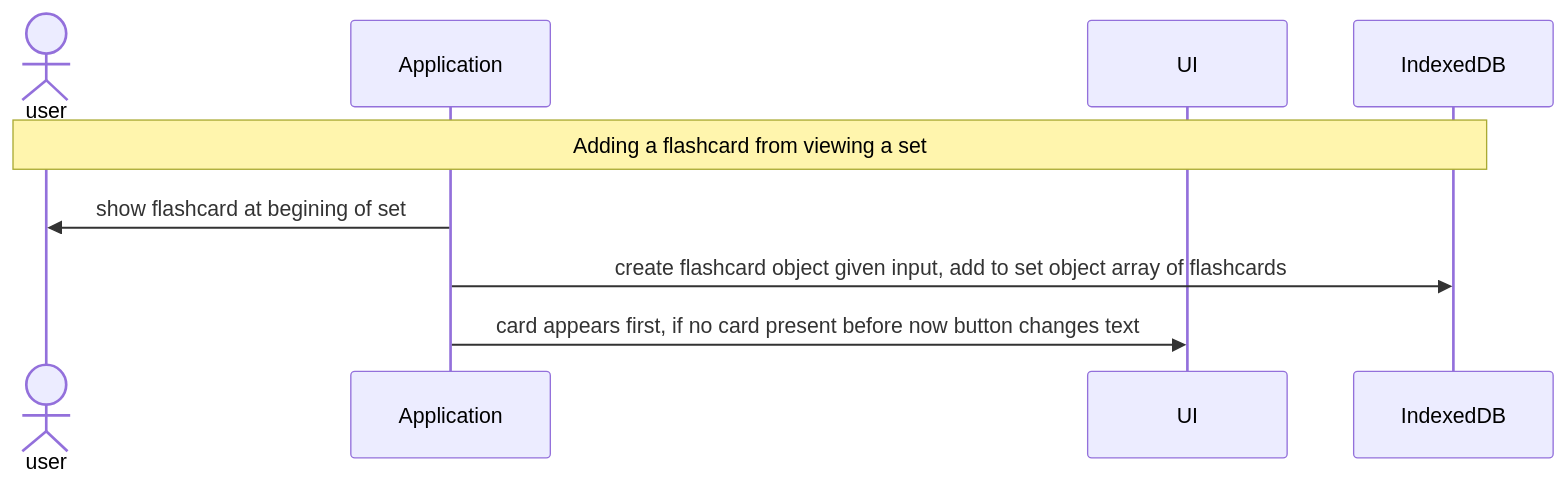
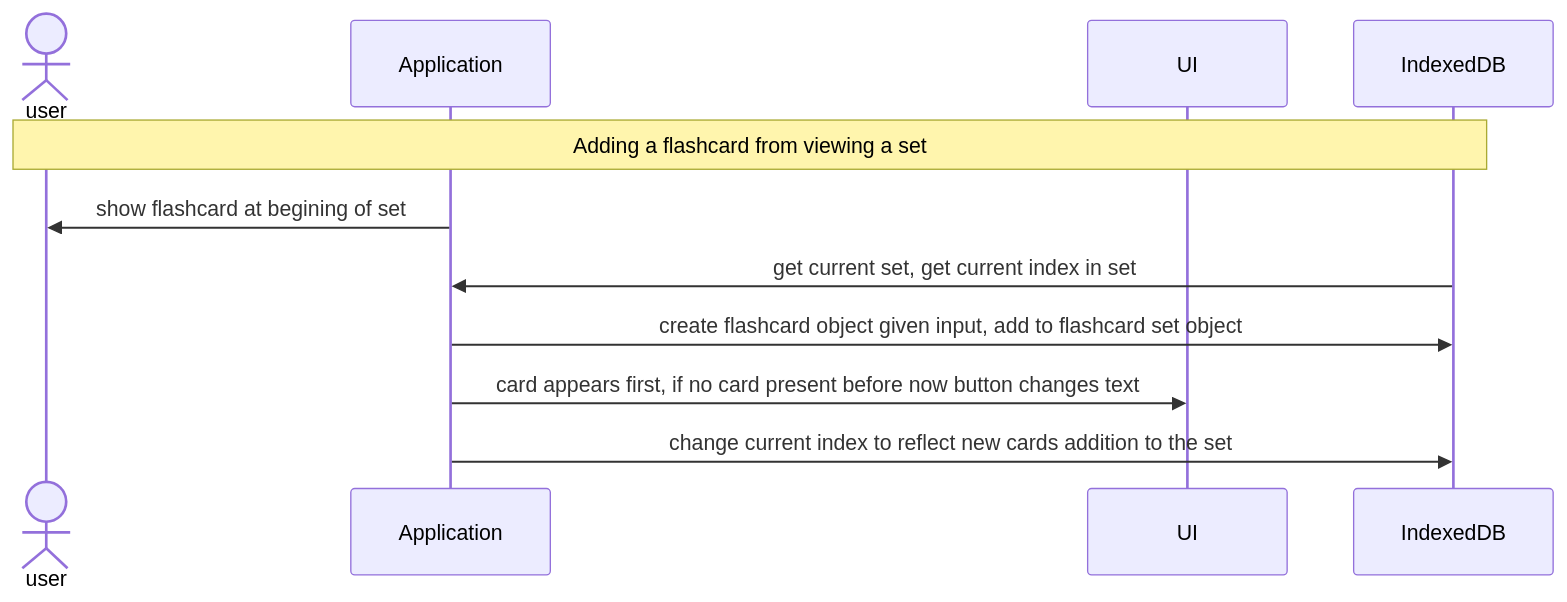
Before and after one commit to Henry-WK/henry-wk.github.io: the diagram in mermaid.md, drawn with Mermaid.

````diff
--- a/mermaid.md
+++ b/mermaid.md
@@ -1,12 +1,14 @@
 ```mermaid
   sequenceDiagram
   actor user
   participant app as Application
   participant ui as UI
   participant db as IndexedDB
 
   Note over user,db: Adding a flashcard from viewing a set
   app->>user: show flashcard at begining of set
-  app->>db: create flashcard object given input, add to set object array of flashcards
+  db->>app: get current set, get current index in set
+  app->>db: create flashcard object given input, add to flashcard set object
   app->>ui: card appears first, if no card present before now button changes text
+  app->>db: change current index to reflect new cards addition to the set
 ```
````
